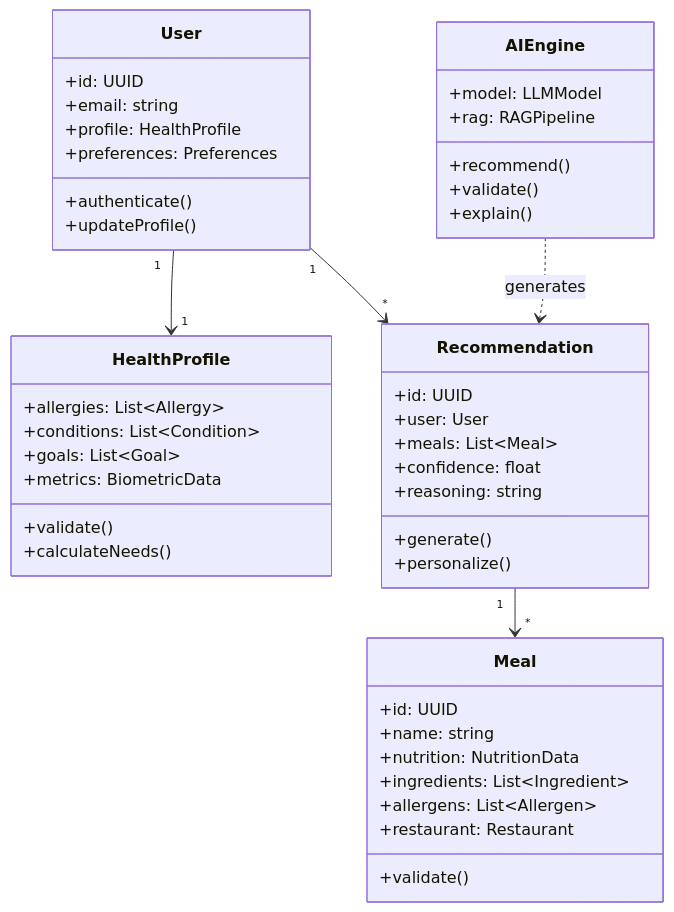
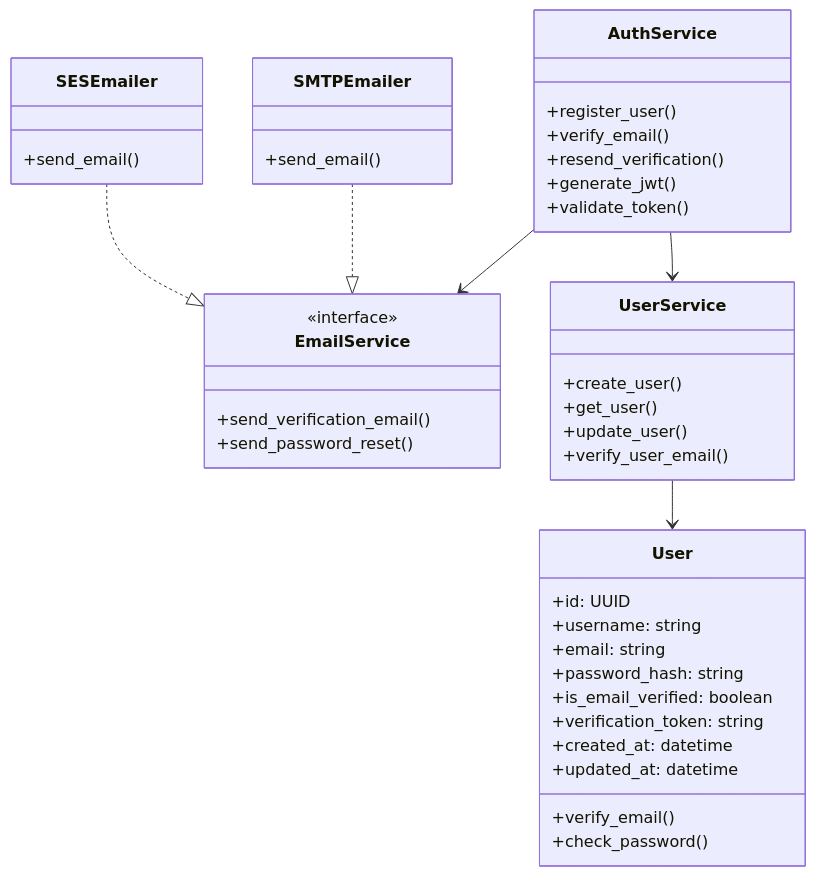
Before and after one commit to Asoingbob225/CSC510: the second of 9 diagrams in proj2/docs/3-DESIGN/3.1-SAD/SAD-MASTER.md, drawn with Mermaid. The commit also changed other lines of this file and 22 other files, not shown here.

````diff
--- a/proj2/docs/3-DESIGN/3.1-SAD/SAD-MASTER.md
+++ b/proj2/docs/3-DESIGN/3.1-SAD/SAD-MASTER.md
@@ -186,53 +176,50 @@
 ```mermaid
 classDiagram
     class User {
         +id: UUID
+        +username: string
         +email: string
-        +profile: HealthProfile
-        +preferences: Preferences
-        +authenticate()
-        +updateProfile()
+        +password_hash: string
+        +is_email_verified: boolean
+        +verification_token: string
+        +created_at: datetime
+        +updated_at: datetime
+        +verify_email()
+        +check_password()
     }
-
-    class HealthProfile {
-        +allergies: List~Allergy~
-        +conditions: List~Condition~
-        +goals: List~Goal~
-        +metrics: BiometricData
-        +validate()
-        +calculateNeeds()
+    
+    class AuthService {
+        +register_user()
+        +verify_email()
+        +resend_verification()
+        +generate_jwt()
+        +validate_token()
     }
-
-    class Recommendation {
-        +id: UUID
-        +user: User
-        +meals: List~Meal~
-        +confidence: float
-        +reasoning: string
-        +generate()
-        +personalize()
+    
+    class EmailService {
+        <<interface>>
+        +send_verification_email()
+        +send_password_reset()
     }
-
-    class Meal {
-        +id: UUID
-        +name: string
-        +nutrition: NutritionData
-        +ingredients: List~Ingredient~
-        +allergens: List~Allergen~
-        +restaurant: Restaurant
-        +validate()
+    
+    class SMTPEmailer {
+        +send_email()
     }
-
-    class AIEngine {
-        +model: LLMModel
-        +rag: RAGPipeline
-        +recommend()
-        +validate()
-        +explain()
+    
+    class SESEmailer {
+        +send_email()
     }
-
-    User "1" --> "1" HealthProfile
-    User "1" --> "*" Recommendation
-    Recommendation "1" --> "*" Meal
-    AIEngine ..> Recommendation : generates
+    
+    class UserService {
+        +create_user()
+        +get_user()
+        +update_user()
+        +verify_user_email()
+    }
+    
+    AuthService --> UserService
+    UserService --> User
+    AuthService --> EmailService
+    SMTPEmailer ..|> EmailService
+    SESEmailer ..|> EmailService
 ```
````
